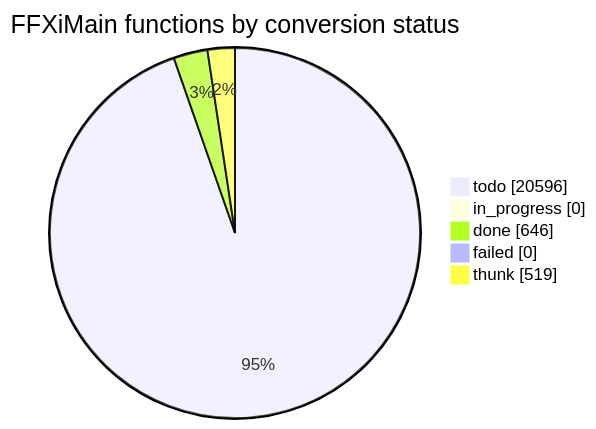
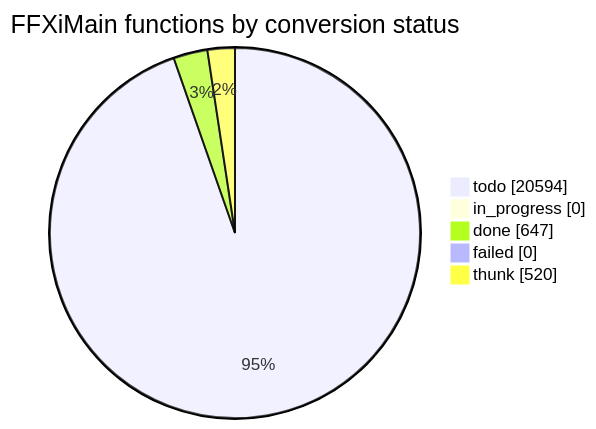
One commit to cowrevenge/cow_kuluu_xi_anything changed the diagram in docs/cow/STATUS.md. Above: the diagram before and after it, drawn with Mermaid. The commit also changed other lines of this file and 9 other files, not shown here.

````diff
--- a/docs/cow/STATUS.md
+++ b/docs/cow/STATUS.md
@@ -18,9 +18,9 @@
 ```mermaid
 pie showData
     title FFXiMain functions by conversion status
-    "todo" : 20596
+    "todo" : 20594
     "in_progress" : 0
-    "done" : 646
+    "done" : 647
     "failed" : 0
-    "thunk" : 519
+    "thunk" : 520
 ```
````
